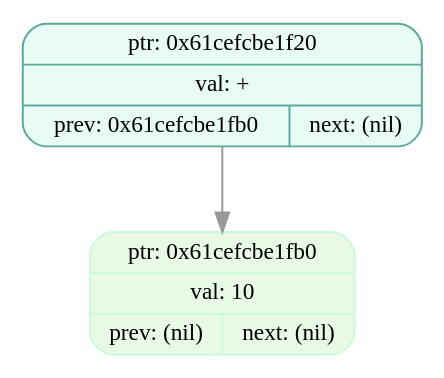
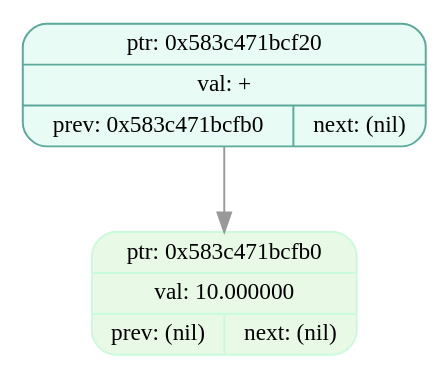
One commit to EvilTomato9890/Difference changed the diagram in dumps/tree_dump_001.dot. Above: the diagram before and after it, drawn with Graphviz. The commit also changed 36 other files, not shown here.

```diff
--- a/dumps/tree_dump_001.dot
+++ b/dumps/tree_dump_001.dot
@@ -1,7 +1,7 @@
 digraph T{
   node [fontname="Fira Mono",shape=record,style="filled,rounded",fontsize=12];
   graph [splines=true, nodesep=0.6, ranksep=0.6];
-  node_0x61cefcbe1f20[shape=record,label="{ {ptr: 0x61cefcbe1f20} | {val: +} | { prev: 0x61cefcbe1fb0 | next: (nil) } }",color="#5aa99b",fillcolor="#e9fbf5"];
-  node_0x61cefcbe1fb0[shape=record,label="{ {ptr: 0x61cefcbe1fb0} | {val: 10} | { prev: (nil) | next: (nil) } }",color="#c9fbdbff",fillcolor="#e8f9e5ff"];
-  node_0x61cefcbe1f20 -> node_0x61cefcbe1fb0 [color="#999999"];
+  node_0x583c471bcf20[shape=record,label="{ {ptr: 0x583c471bcf20} | {val: +} | { prev: 0x583c471bcfb0 | next: (nil) } }",color="#5aa99b",fillcolor="#e9fbf5"];
+  node_0x583c471bcfb0[shape=record,label="{ {ptr: 0x583c471bcfb0} | {val: 10.000000} | { prev: (nil) | next: (nil) } }",color="#c9fbdbff",fillcolor="#e8f9e5ff"];
+  node_0x583c471bcf20 -> node_0x583c471bcfb0 [color="#999999"];
 }
```
